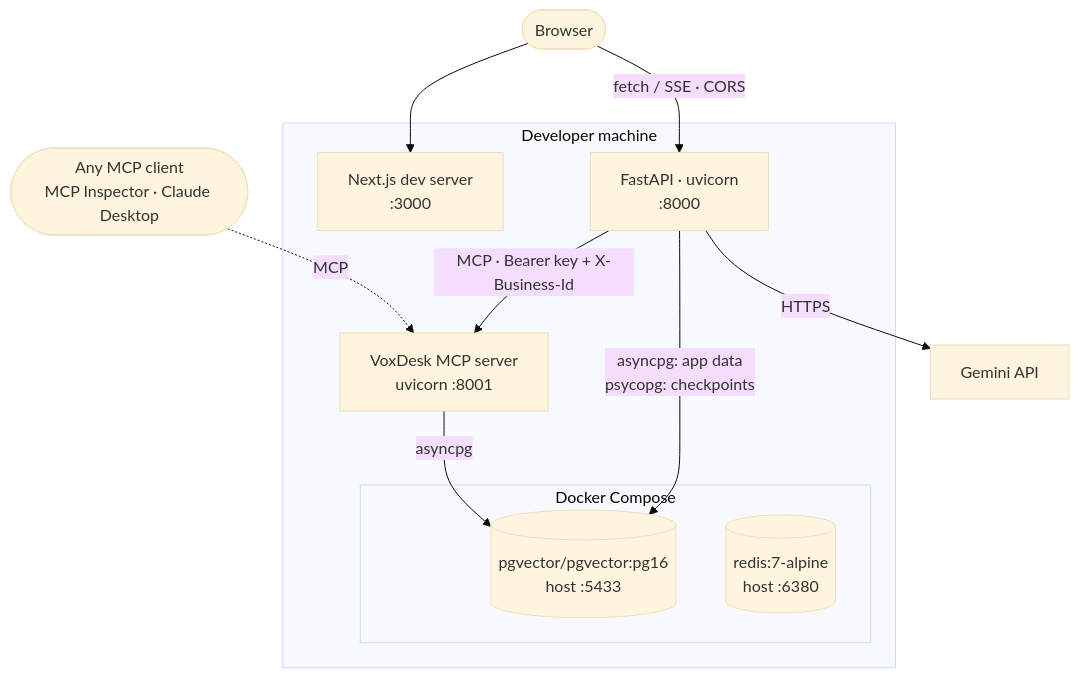
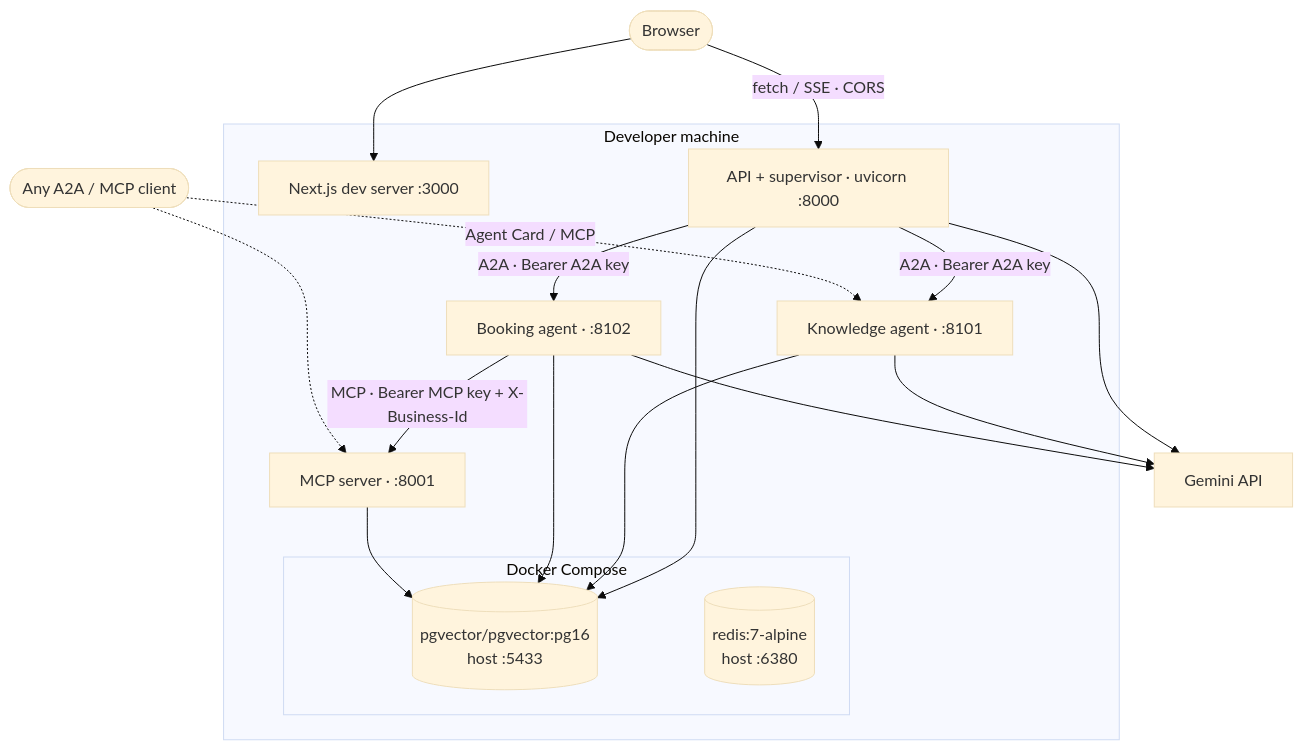
Before and after one commit to yash6388/voxdesk: the second of 9 diagrams in docs/ARCHITECTURE.md, drawn with Mermaid (base theme). The commit also changed other lines of this file and 40 other files, not shown here.

````diff
--- a/docs/ARCHITECTURE.md
+++ b/docs/ARCHITECTURE.md
@@ -79,23 +83,32 @@
 ```mermaid
 flowchart TB
     browser(["Browser"])
-    inspector(["Any MCP client<br/>MCP Inspector · Claude Desktop"])
+    other(["Any A2A / MCP client"])
     subgraph host["Developer machine"]
-        next["Next.js dev server<br/>:3000"]
-        fastapi["FastAPI · uvicorn<br/>:8000"]
-        mcpserver["VoxDesk MCP server<br/>uvicorn :8001"]
+        next["Next.js dev server :3000"]
+        fastapi["API + supervisor · uvicorn :8000"]
+        knowledge["Knowledge agent · :8101"]
+        bookingagent["Booking agent · :8102"]
+        mcpserver["MCP server · :8001"]
         subgraph docker["Docker Compose"]
             pg[("pgvector/pgvector:pg16<br/>host :5433")]
             redis[("redis:7-alpine<br/>host :6380")]
         end
     end
     gemini["Gemini API"]
 
     browser --> next
     browser -- "fetch / SSE · CORS" --> fastapi
-    fastapi -- "MCP · Bearer key + X-Business-Id" --> mcpserver
-    inspector -. "MCP" .-> mcpserver
-    fastapi -- "asyncpg: app data<br/>psycopg: checkpoints" --> pg
-    mcpserver -- "asyncpg" --> pg
-    fastapi -- "HTTPS" --> gemini
+    fastapi -- "A2A · Bearer A2A key" --> knowledge
+    fastapi -- "A2A · Bearer A2A key" --> bookingagent
+    bookingagent -- "MCP · Bearer MCP key + X-Business-Id" --> mcpserver
+    other -. "Agent Card / MCP" .-> knowledge
+    other -.-> mcpserver
+    fastapi --> pg
+    knowledge --> pg
+    bookingagent --> pg
+    mcpserver --> pg
+    fastapi --> gemini
+    knowledge --> gemini
+    bookingagent --> gemini
 ```
````
